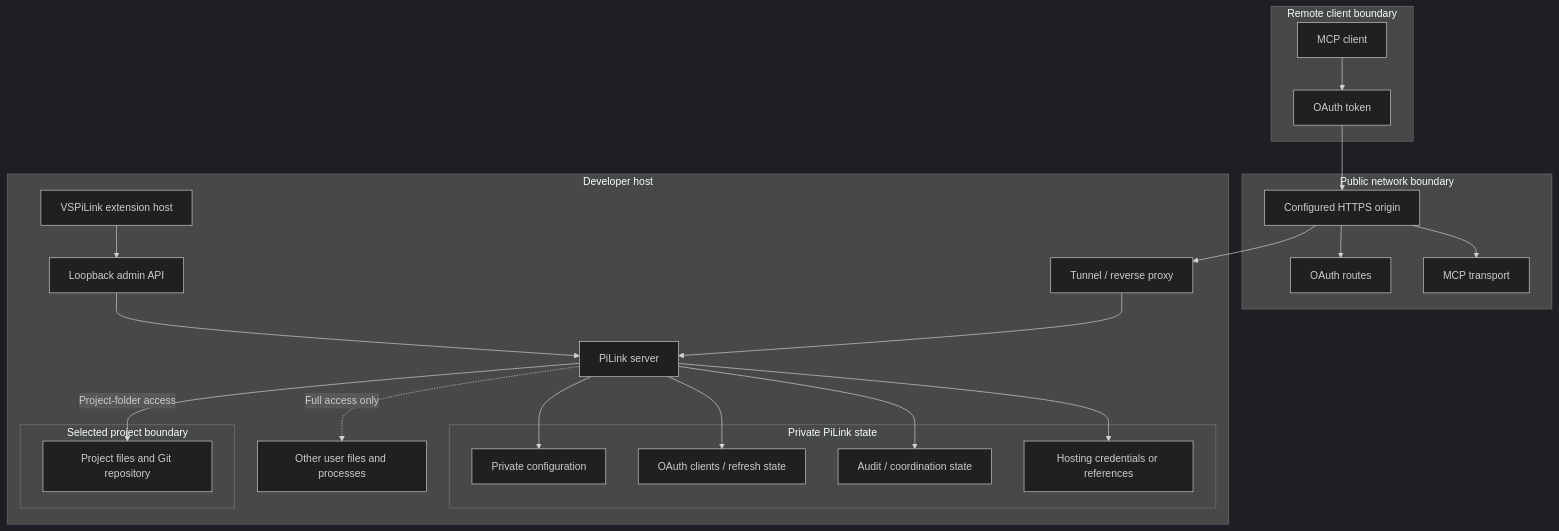
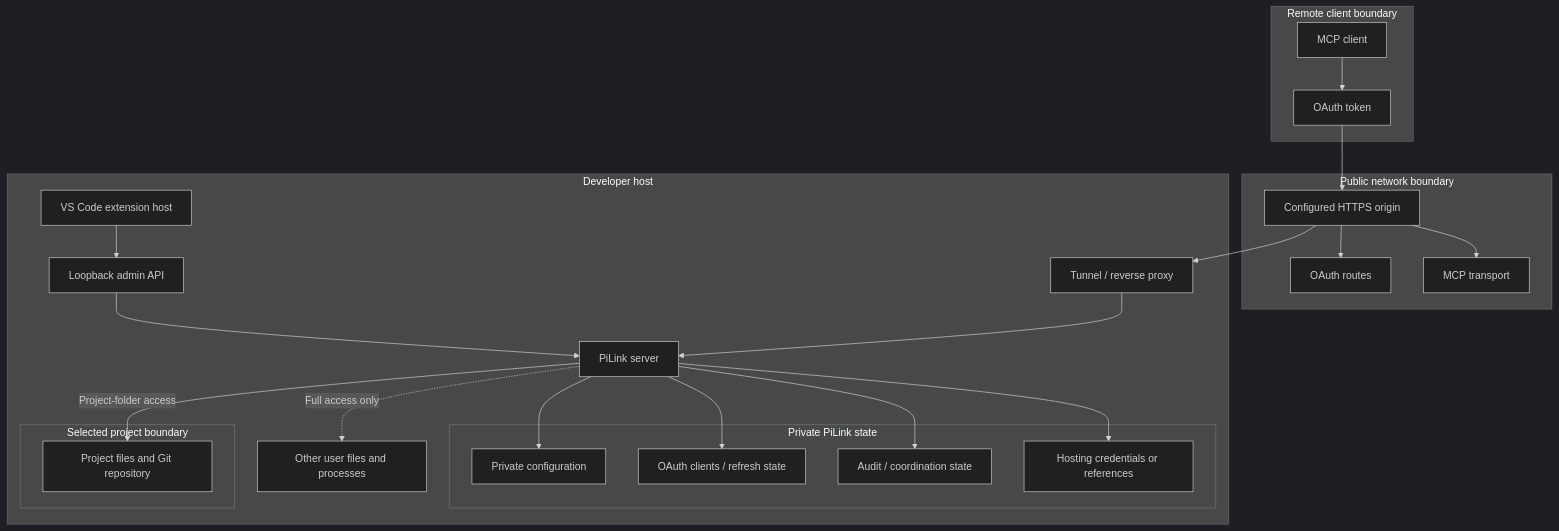
One commit to roccoangelella/PiLink changed the second of 2 diagrams in docs/ARCHITECTURE.md. Above: the diagram before and after it, drawn with Mermaid (dark theme). The commit also changed other lines of this file, not shown here.

Commit message:
docs: align architecture with launcher-only extension

````diff
--- a/docs/ARCHITECTURE.md
+++ b/docs/ARCHITECTURE.md
@@ -83,45 +89,45 @@
 ```mermaid
 flowchart TB
     subgraph Remote[Remote client boundary]
         Client[MCP client]
         Token[OAuth token]
     end
 
     subgraph Network[Public network boundary]
         HTTPS[Configured HTTPS origin]
         OAuth[OAuth routes]
         MCP[MCP transport]
     end
 
     subgraph Host[Developer host]
         Proxy[Tunnel / reverse proxy]
         Server[PiLink server]
         Admin[Loopback admin API]
-        Extension[VSPiLink extension host]
+        Extension[VS Code extension host]
 
         subgraph Private[Private PiLink state]
             Config[Private configuration]
             Clients[OAuth clients / refresh state]
             Audit[Audit / coordination state]
             Hosting[Hosting credentials or references]
         end
 
         subgraph Project[Selected project boundary]
             Workspace[Project files and Git repository]
         end
 
         Machine[Other user files and processes]
     end
 
     Client --> Token --> HTTPS
     HTTPS --> OAuth
     HTTPS --> MCP
     HTTPS --> Proxy --> Server
     Extension --> Admin --> Server
     Server --> Config
     Server --> Clients
     Server --> Audit
     Server --> Hosting
     Server -->|Project-folder access| Workspace
     Server -.->|Full access only| Machine
 ```
````
